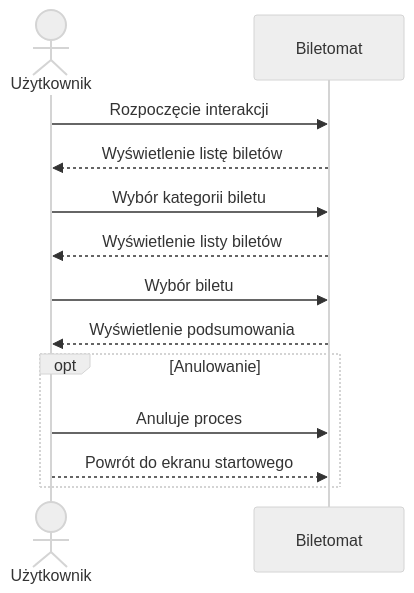
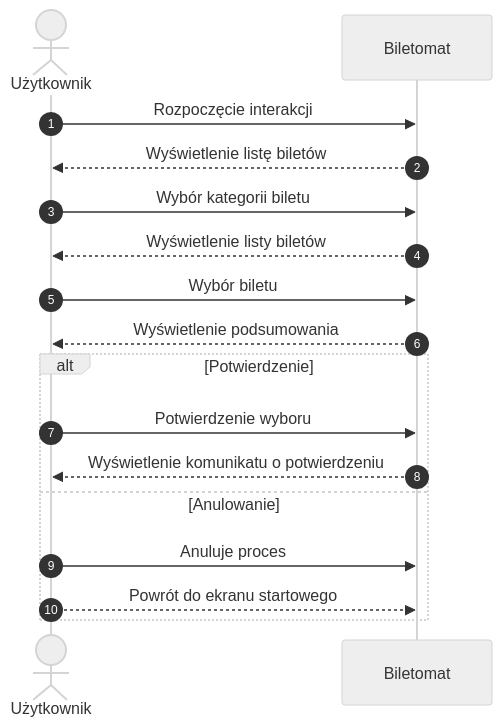
Before and after one commit to Mkkami/MWO: the first of 2 diagrams in sekwencja.md, drawn with Mermaid (neutral theme). The commit also changed other lines of this file, not shown here.

Commit message:
Poprawa błędów

````diff
--- a/sekwencja.md
+++ b/sekwencja.md
@@ -2,20 +2,24 @@
 ```mermaid
 sequenceDiagram
+autonumber
     actor U as Użytkownik
     participant B as Biletomat
 
     U ->> B: Rozpoczęcie interakcji
     B -->> U: Wyświetlenie listę biletów
     
     U->>B: Wybór kategorii biletu
     B-->>U: Wyświetlenie listy biletów
     
     U->>B: Wybór biletu
     B-->>U: Wyświetlenie podsumowania
 
-    opt Anulowanie
+    alt Potwierdzenie
+        U->>B: Potwierdzenie wyboru
+        B-->>U: Wyświetlenie komunikatu o potwierdzeniu
+    else Anulowanie
         U->>B: Anuluje proces
         U-->>B: Powrót do ekranu startowego
     end
 
 ```
````
